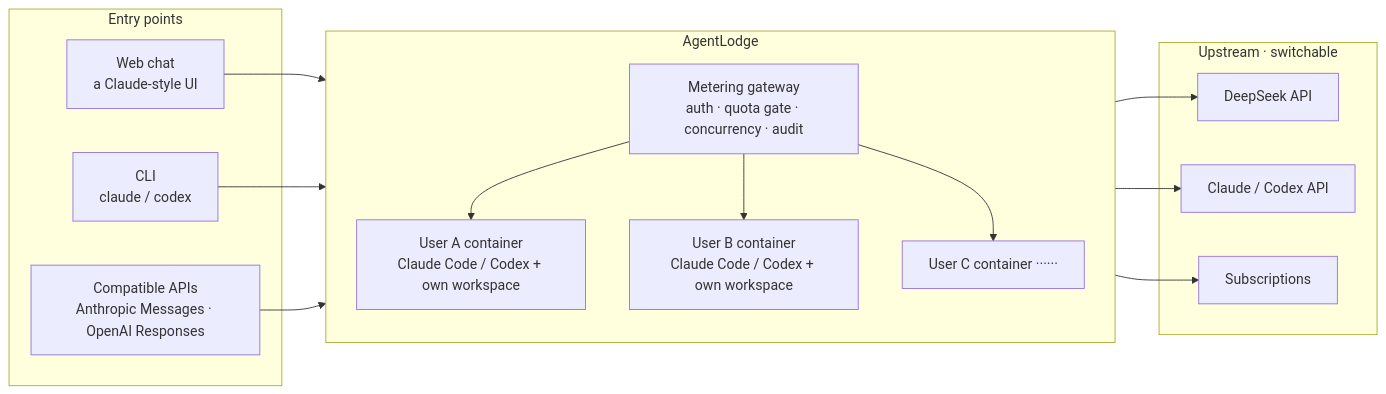
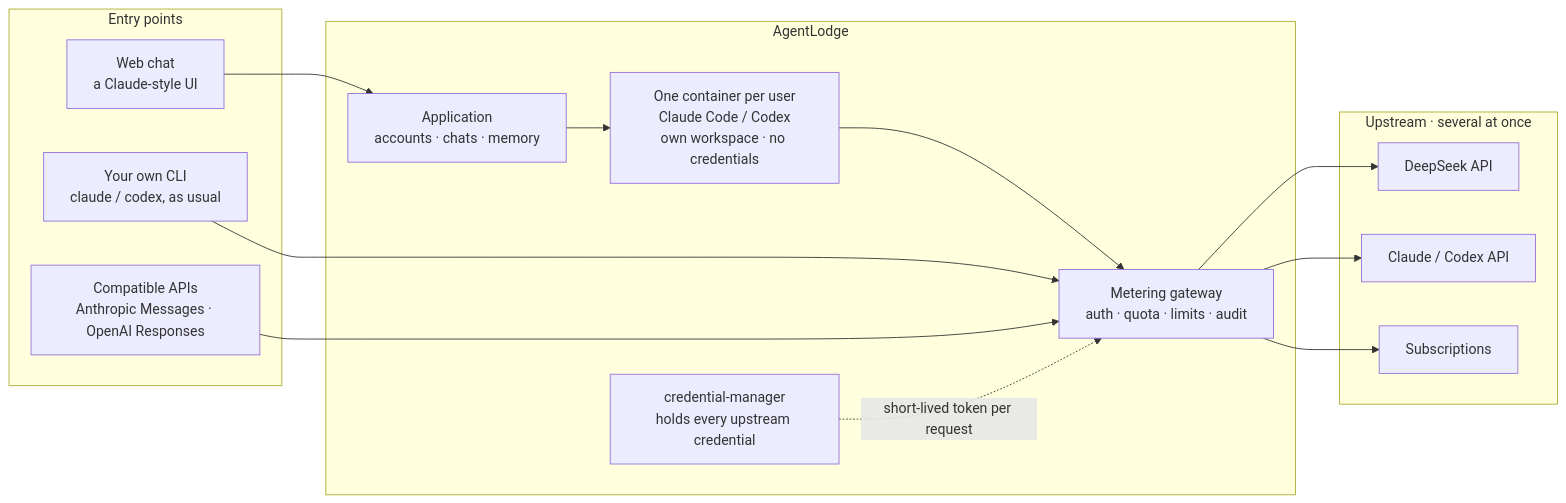
The diagram in README.en.md (wrfly/AgentLodge), drawn with Mermaid before and after one commit. The commit also changed 1 other file, not shown here.

Commit message:
readme: the request path as it is, drawn without crossings
The diagram sent every entry point to the metering gateway and had the gateway drive
the user containers, which is backwards: web chat goes application → the user's
container → gateway, and only a user's own CLI and the compatible APIs hit the gateway
directly. The three containers are one node, credential-manager appears since the
README leans on it, and two invisible links keep the entry points in their column.
Rendered with mermaid 11 in both languages: three columns, no crossing lines.

````diff
--- a/README.en.md
+++ b/README.en.md
@@ -18,32 +18,29 @@
 ```mermaid
 flowchart LR
-    subgraph U[Entry points]
+    subgraph IN[Entry points]
         W["Web chat<br/>a Claude-style UI"]
-        C["CLI<br/>claude / codex"]
+        C["Your own CLI<br/>claude / codex, as usual"]
         A["Compatible APIs<br/>Anthropic Messages · OpenAI Responses"]
     end
 
-    subgraph L[AgentLodge]
-        direction TB
-        GW["Metering gateway<br/>auth · quota gate · concurrency · audit"]
-        G1["User A container<br/>Claude Code / Codex + own workspace"]
-        G2["User B container<br/>Claude Code / Codex + own workspace"]
-        G3["User C container ······"]
-        GW --> G1
-        GW --> G2
-        GW --> G3
+    subgraph AL[AgentLodge]
+        APP["Application<br/>accounts · chats · memory"]
+        BOX["One container per user<br/>Claude Code / Codex<br/>own workspace · no credentials"]
+        GW["Metering gateway<br/>auth · quota · limits · audit"]
+        CM["credential-manager<br/>holds every upstream credential"]
     end
 
-    subgraph U0[Upstream · switchable]
+    subgraph UP[Upstream · several at once]
         DS["DeepSeek API"]
         CL["Claude / Codex API"]
         SB["Subscriptions"]
     end
 
-    W --> GW
+    W --> APP --> BOX --> GW
     C --> GW
     A --> GW
-    GW --> DS
-    GW --> CL
-    GW --> SB
+    CM -. short-lived token per request .-> GW
+    GW --> DS & CL & SB
+    C ~~~ APP
+    A ~~~ APP
 ```
````
